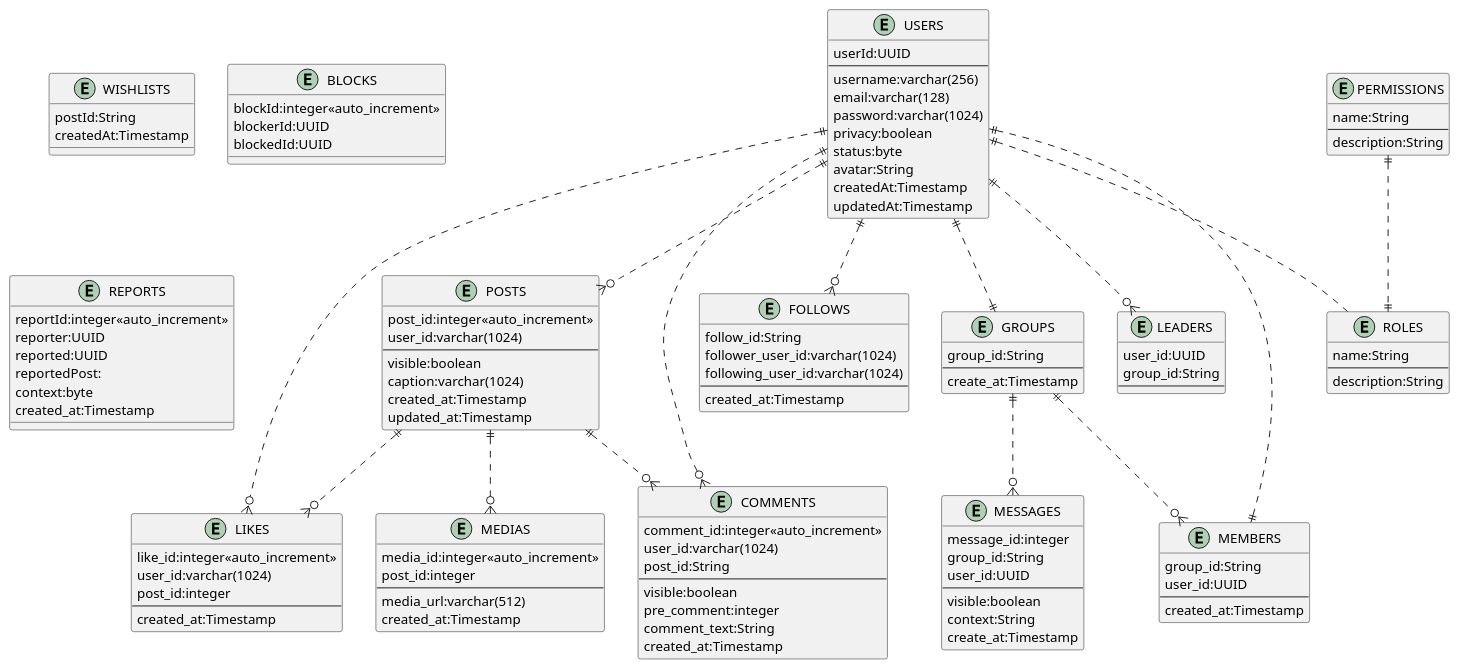
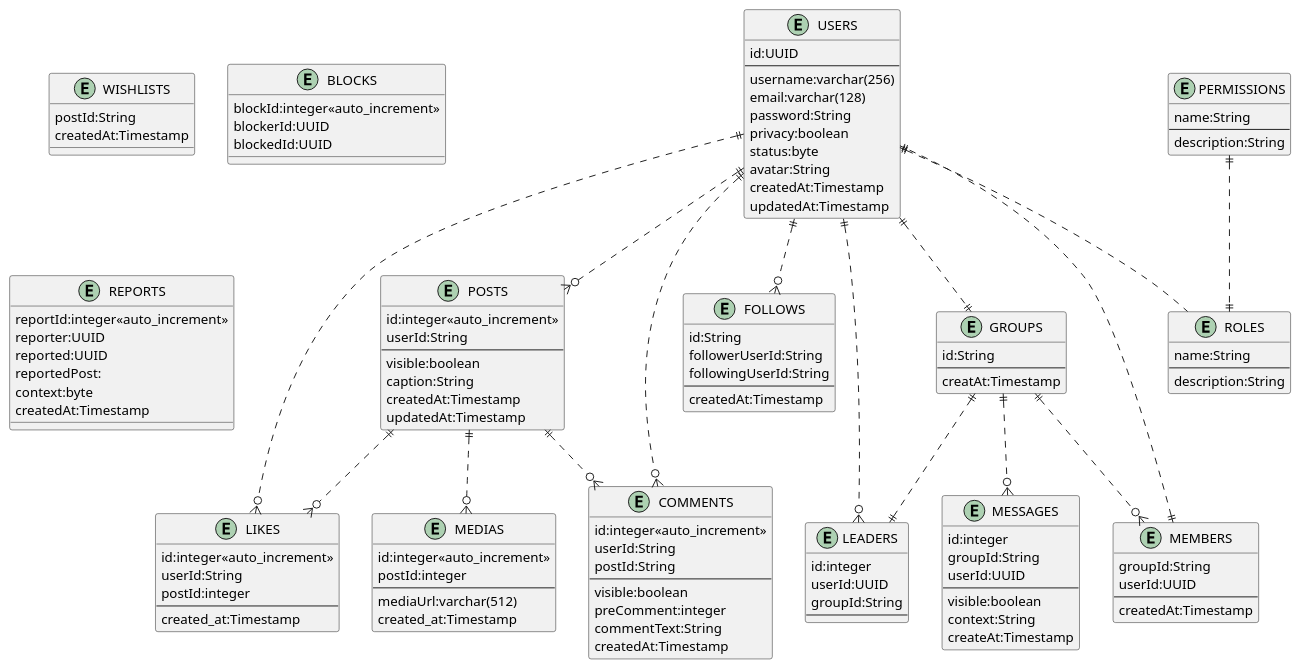
Before and after one commit to KhuongVo2105/Chat_Application: the diagram in Prototypes/erd.plantuml, drawn with PlantUML.

Commit message:
update ERD

```diff
--- a/Prototypes/erd.plantuml
+++ b/Prototypes/erd.plantuml
@@ -1,139 +1,141 @@
 @startuml
 
 entity "USERS" as u {
-    userId:UUID
+    id:UUID
     --
     username:varchar(256)
     email:varchar(128)
-    password:varchar(1024)
+    password:String
     privacy:boolean  /'Public || Private'/
     status:byte     /'trang thai cua nguoi dung. Han che, thoai mai, chua xac thuc'/
     avatar:String   /'anh dai dien nguoi dung'/
     createdAt:Timestamp
     updatedAt:Timestamp
 }
 
 entity "LIKES" as l {
-    like_id:integer<<auto_increment>> 
-    user_id:varchar(1024)
-    post_id:integer
+    id:integer<<auto_increment>> 
+    userId:String
+    postId:integer
     --
     created_at:Timestamp
 }
 
 entity "POSTS" as p {
-    post_id:integer<<auto_increment>>
-    user_id:varchar(1024)
+    id:integer<<auto_increment>>
+    userId:String
     --
     visible:boolean /'True:hien thi, False: an'/
-    caption:varchar(1024)
-    created_at:Timestamp
-    updated_at:Timestamp
+    caption:String
+    createdAt:Timestamp
+    updatedAt:Timestamp
 }
 
 entity "MEDIAS" as m {
-    media_id:integer<<auto_increment>>
-    post_id:integer
+    id:integer<<auto_increment>>
+    postId:integer
     --
-    media_url:varchar(512)
+    mediaUrl:varchar(512)
     created_at:Timestamp
 }
 
 entity "COMMENTS" as c {
-    comment_id:integer<<auto_increment>>
-    user_id:varchar(1024)
-    post_id:String
+    id:integer<<auto_increment>>
+    userId:String
+    postId:String
     --
     visible:boolean /'True: hien'/
-    pre_comment:integer
-    comment_text:String
-    created_at:Timestamp
+    preComment:integer
+    commentText:String
+    createdAt:Timestamp
 }
 
 entity "FOLLOWS" as f {
-    follow_id:String
-    follower_user_id:varchar(1024)
-    following_user_id:varchar(1024)
+    id:String
+    followerUserId:String
+    followingUserId:String
     --
-    created_at:Timestamp
+    createdAt:Timestamp
 }
 
 entity "GROUPS" as g{
-    group_id:String
+    id:String
     ---
-    create_at:Timestamp
+    creatAt:Timestamp
 }
 
 entity "MEMBERS" as mem{
-    group_id:String
-    user_id:UUID
+    groupId:String
+    userId:UUID
     ---
-    created_at:Timestamp
+    createdAt:Timestamp
 }
 
 entity "LEADERS" as le{
-    user_id:UUID
-    group_id:String
+    id:integer
+    userId:UUID
+    groupId:String
     ---
 }
 
 entity "MESSAGES" as me{
-    message_id:integer
-    group_id:String
-    user_id:UUID
+    id:integer
+    groupId:String
+    userId:UUID
     ---
     visible:boolean
     context:String
-    create_at:Timestamp
+    createAt:Timestamp
 }
 
 entity "ROLES" as ro{
     name:String
     ---
     description:String
 }
 
 entity "PERMISSIONS" as pe{
     name:String
     ---
     description:String
 }
 
 /'Tin noi bat'/
 entity "WISHLISTS" as wl{
     postId:String
     createdAt:Timestamp
 }
 
 /''/
 entity "BLOCKS" as bl{
     blockId:integer<<auto_increment>>
     blockerId:UUID
     blockedId:UUID
 }
 
 entity "REPORTS" as rp{
     reportId:integer<<auto_increment>>
     reporter:UUID /'id nguoi tao phieu report'/
     reported:UUID  /'id cua nguoi bi report'/
     reportedPost:   /'id cua bai post bi report'/
     context:byte
-    created_at:Timestamp
+    createdAt:Timestamp
 }
 
 u ||..o{ p
 u ||..o{ f
 u ||..o{ l
 u ||..o{ c
 u ||..|| g
 u ||..o{ le
 u ||.. ro
 p ||..o{ m
 p ||..o{ c
 p ||..o{ l
 g ||..o{ me
 pe ||..|| ro
 g ||..o{ mem
 mem ||..|| u
+g ||..|| le
 
 @enduml
```
